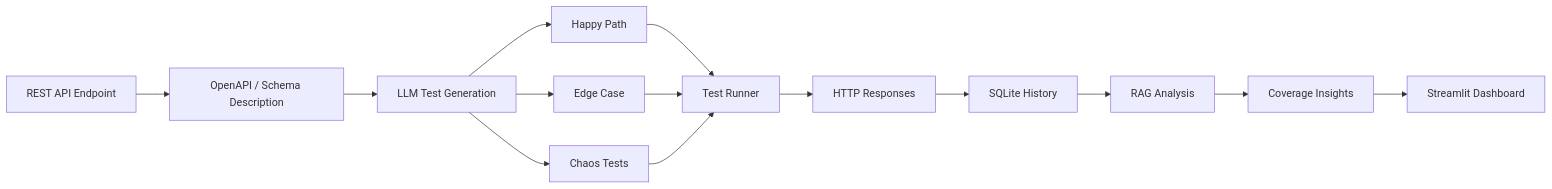
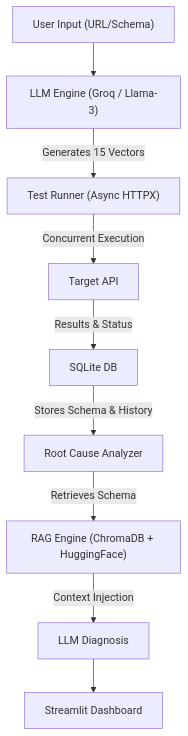
One commit to RythmaLakkady/ShadowQA changed the diagram in README.md. Above: the diagram before and after it, drawn with Mermaid. The commit also changed other lines of this file, not shown here.

Commit message:
Docs: Complete overhaul of README to reflect new UI tabs, history architecture, and metrics

````diff
--- a/README.md
+++ b/README.md
@@ -77,25 +69,12 @@
 ```mermaid
-flowchart LR
+flowchart TD
 
-A["REST API Endpoint"] --> B["OpenAPI / Schema Description"]
-
-B --> C["LLM Test Generation"]
-
-C --> D["Happy Path"]
-C --> E["Edge Case"]
-C --> F["Chaos Tests"]
-
-D --> G["Test Runner"]
-E --> G
-F --> G
-
-G --> H["HTTP Responses"]
-
-H --> I["SQLite History"]
-
-I --> J["RAG Analysis"]
-
-J --> K["Coverage Insights"]
-
-K --> L["Streamlit Dashboard"]
+A["User Input (URL/Schema)"] --> B["LLM Engine (Groq / Llama-3)"]
+B --> |Generates 15 Vectors| C["Test Runner (Async HTTPX)"]
+C --> |Concurrent Execution| D["Target API"]
+D --> |Results & Status| E["SQLite DB"]
+E --> |Stores Schema & History| F["Root Cause Analyzer"]
+F --> |Retrieves Schema| G["RAG Engine (ChromaDB + HuggingFace)"]
+G --> |Context Injection| H["LLM Diagnosis"]
+H --> I["Streamlit Dashboard"]
 ```
````
